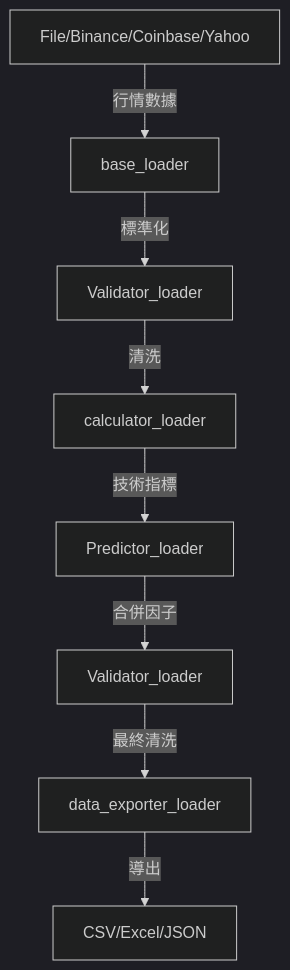
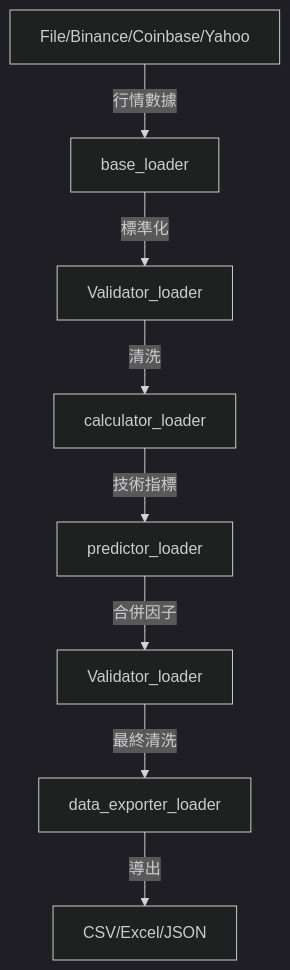
Before and after one commit to lo2cin4/lo2cin4bt: the diagram in dataloader/README.md, drawn with Mermaid (dark theme). The commit also changed other lines of this file and 5 other files, not shown here.

Commit message:
chore: rename predictor loader to lower snake case

````diff
--- a/dataloader/README.md
+++ b/dataloader/README.md
@@ -99,10 +99,10 @@
 ```mermaid
 flowchart TD
     A[File/Binance/Coinbase/Yahoo] -->|行情數據| B[base_loader]
     B -->|標準化| C[Validator_loader]
     C -->|清洗| D[calculator_loader]
-    D -->|技術指標| E[Predictor_loader]
+    D -->|技術指標| E[predictor_loader]
     E -->|合併因子| F[Validator_loader]
     F -->|最終清洗| G[data_exporter_loader]
     G -->|導出| H[CSV/Excel/JSON]
 ```
````
